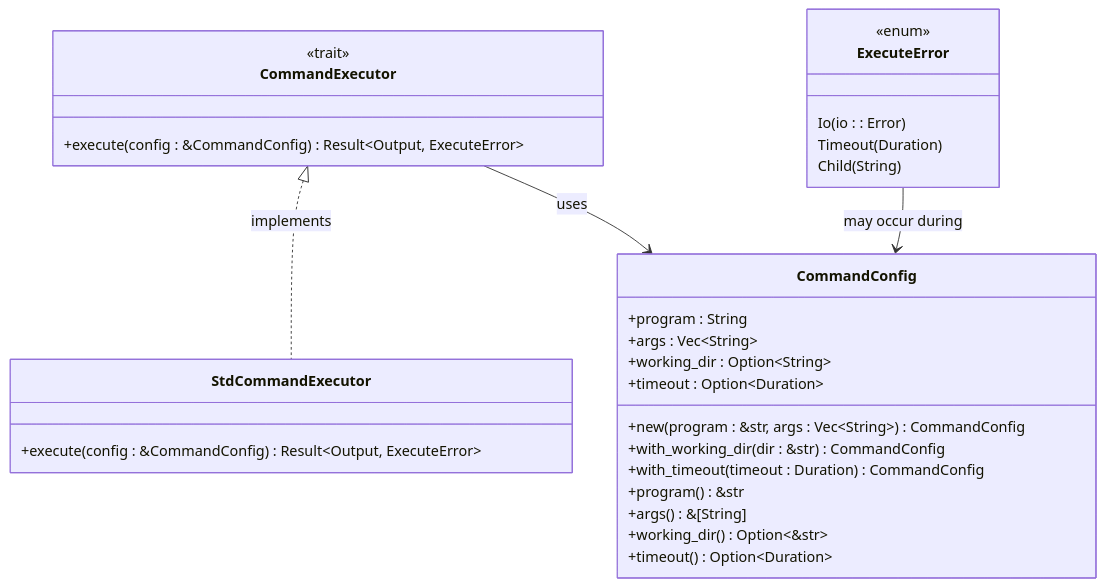
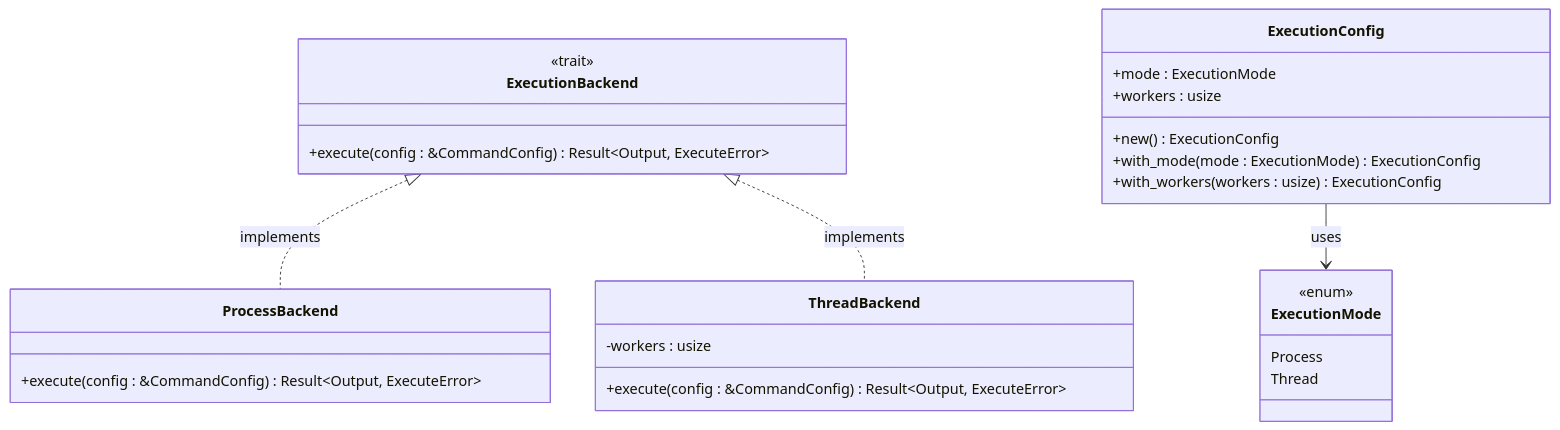
The second of 9 diagrams in .qoder/repowiki/zh/content/执行器系统/执行器系统.md (xcry2006/execute), drawn with Mermaid before and after one commit. The commit also changed other lines of this file and 9 other files, not shown here.

````diff
--- a/.qoder/repowiki/zh/content/执行器系统/执行器系统.md
+++ b/.qoder/repowiki/zh/content/执行器系统/执行器系统.md
@@ -97,32 +94,29 @@
 ```mermaid
 classDiagram
-class CommandExecutor {
+class ExecutionBackend {
 <<trait>>
 +execute(config : &CommandConfig) Result~Output, ExecuteError~
 }
-class StdCommandExecutor {
+class ProcessBackend {
 +execute(config : &CommandConfig) Result~Output, ExecuteError~
 }
-class CommandConfig {
-+program : String
-+args : Vec~String~
-+working_dir : Option~String~
-+timeout : Option~Duration~
-+new(program : &str, args : Vec~String~) CommandConfig
-+with_working_dir(dir : &str) CommandConfig
-+with_timeout(timeout : Duration) CommandConfig
-+program() &str
-+args() &[String]
-+working_dir() Option~&str~
-+timeout() Option~Duration~
+class ThreadBackend {
+-workers : usize
++execute(config : &CommandConfig) Result~Output, ExecuteError~
 }
-class ExecuteError {
+class ExecutionConfig {
++mode : ExecutionMode
++workers : usize
++new() ExecutionConfig
++with_mode(mode : ExecutionMode) ExecutionConfig
++with_workers(workers : usize) ExecutionConfig
+}
+class ExecutionMode {
 <<enum>>
-Io(io : : Error)
-Timeout(Duration)
-Child(String)
+Process
+Thread
 }
-CommandExecutor <|.. StdCommandExecutor : implements
-CommandExecutor --> CommandConfig : uses
-ExecuteError --> CommandConfig : may occur during
+ExecutionBackend <|.. ProcessBackend : implements
+ExecutionBackend <|.. ThreadBackend : implements
+ExecutionConfig --> ExecutionMode : uses
 ```
````
